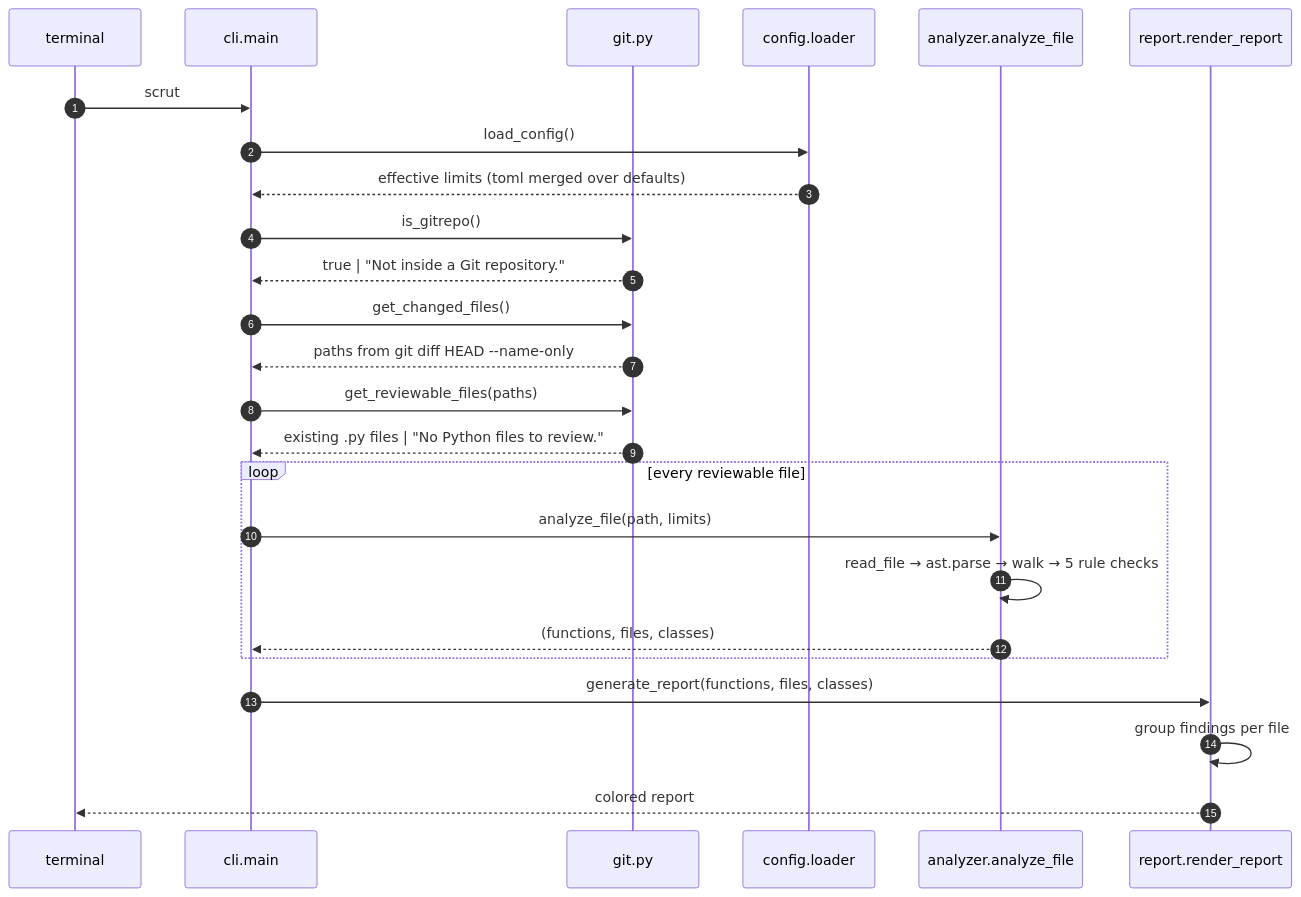
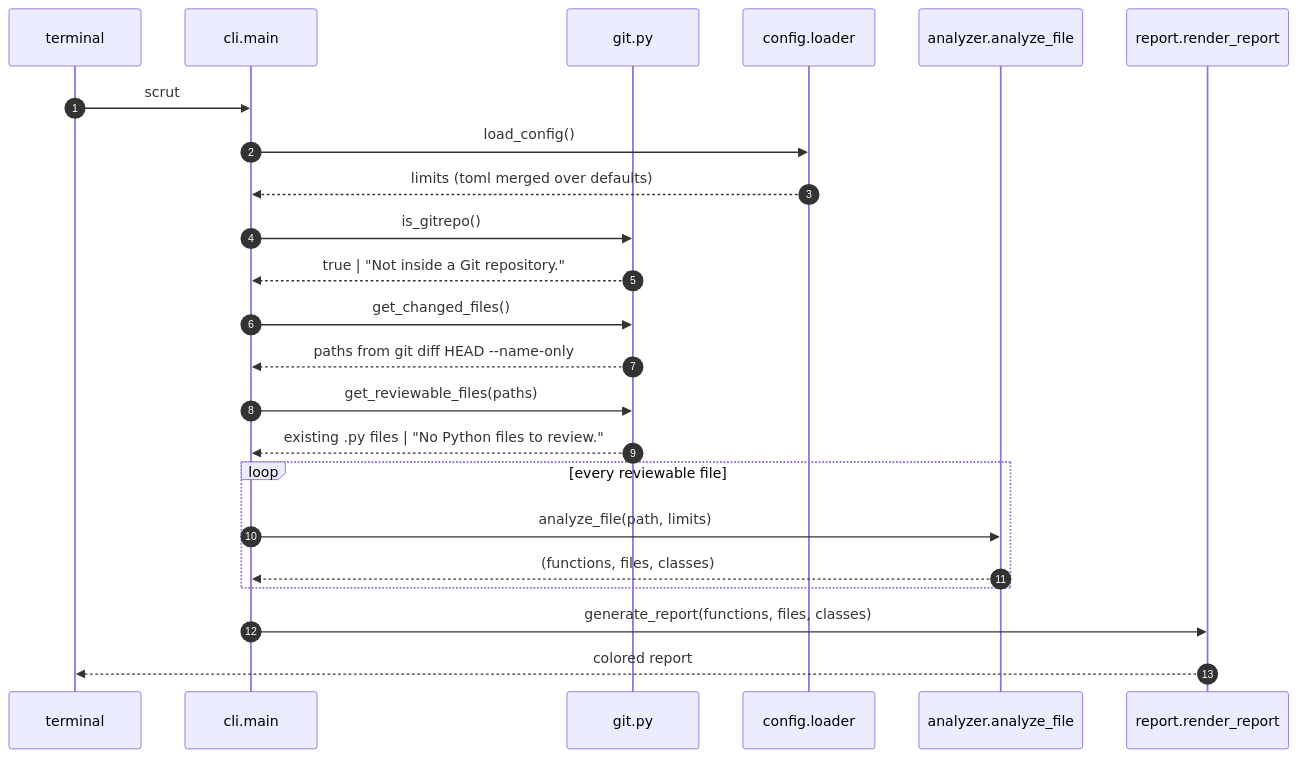
The second of 2 diagrams in README.md (mukundzha/avouch), drawn with Mermaid before and after one commit. The commit also changed other lines of this file and 2 other files, not shown here.

````diff
--- a/README.md
+++ b/README.md
@@ -80,28 +262,26 @@
 ```mermaid
 sequenceDiagram
     autonumber
     participant T as terminal
     participant C as cli.main
     participant G as git.py
     participant L as config.loader
     participant A as analyzer.analyze_file
     participant R as report.render_report
 
     T->>C: scrut
     C->>L: load_config()
-    L-->>C: effective limits (toml merged over defaults)
+    L-->>C: limits (toml merged over defaults)
     C->>G: is_gitrepo()
     G-->>C: true | "Not inside a Git repository."
     C->>G: get_changed_files()
     G-->>C: paths from git diff HEAD --name-only
     C->>G: get_reviewable_files(paths)
     G-->>C: existing .py files | "No Python files to review."
     loop every reviewable file
         C->>A: analyze_file(path, limits)
-        A->>A: read_file → ast.parse → walk → 5 rule checks
         A-->>C: (functions, files, classes)
     end
     C->>R: generate_report(functions, files, classes)
-    R->>R: group findings per file
     R-->>T: colored report
 ```
````
